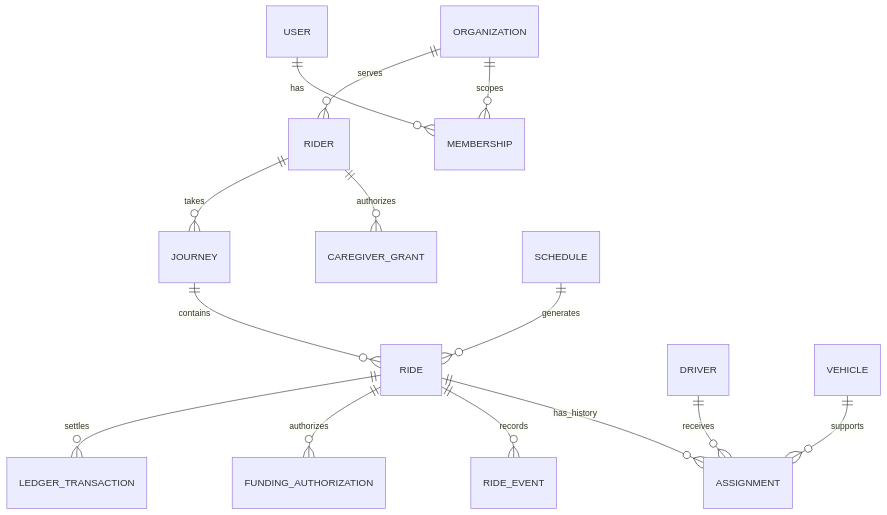
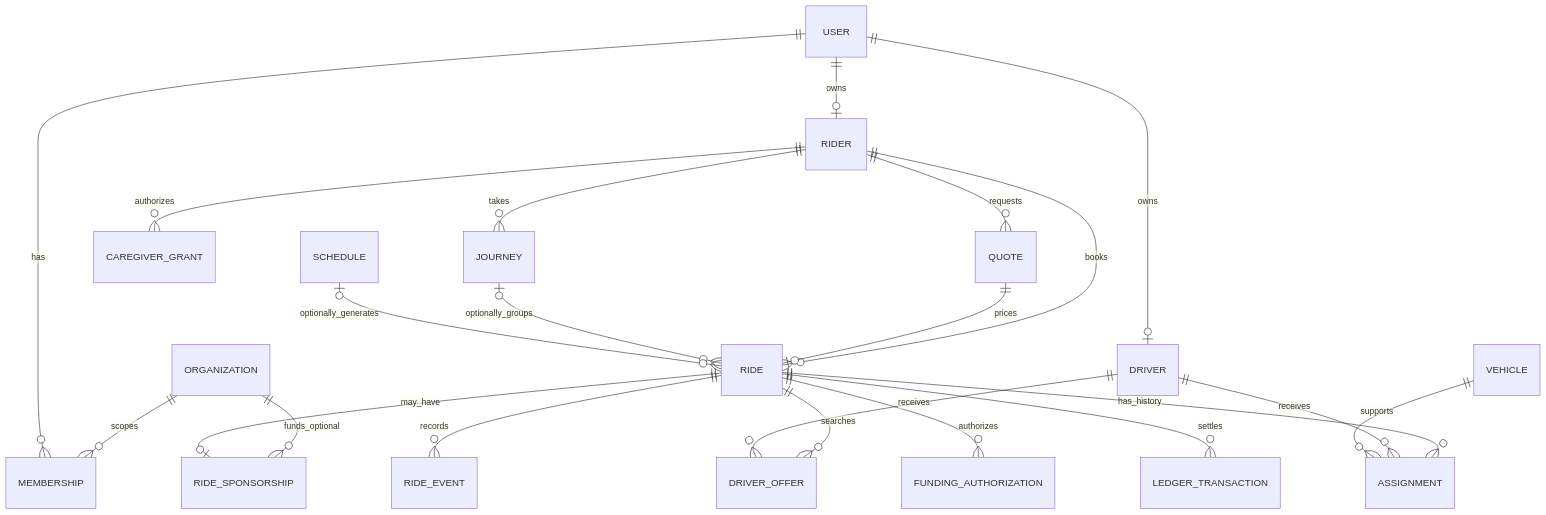
One commit to SahilWikhe/Rove_Mobile changed the diagram in docs/03-data-model.md. Above: the diagram before and after it, drawn with Mermaid. The commit also changed other lines of this file and 16 other files, not shown here.

Commit message:
docs: refocus Rove on consumer ride-hailing with optional B2B

````diff
--- a/docs/03-data-model.md
+++ b/docs/03-data-model.md
@@ -47,16 +57,24 @@
 ```mermaid
 erDiagram
     ORGANIZATION ||--o{ MEMBERSHIP : scopes
     USER ||--o{ MEMBERSHIP : has
-    ORGANIZATION ||--o{ RIDER : serves
+    USER ||--o| RIDER : owns
+    USER ||--o| DRIVER : owns
+    RIDER ||--o{ QUOTE : requests
+    RIDER ||--o{ RIDE : books
+    QUOTE ||--o| RIDE : prices
+    RIDE ||--o{ DRIVER_OFFER : searches
+    DRIVER ||--o{ DRIVER_OFFER : receives
+    ORGANIZATION ||--o{ RIDE_SPONSORSHIP : funds_optional
+    RIDE ||--o| RIDE_SPONSORSHIP : may_have
     RIDER ||--o{ CAREGIVER_GRANT : authorizes
     RIDER ||--o{ JOURNEY : takes
-    JOURNEY ||--o{ RIDE : contains
-    SCHEDULE ||--o{ RIDE : generates
+    JOURNEY |o--o{ RIDE : optionally_groups
+    SCHEDULE |o--o{ RIDE : optionally_generates
     RIDE ||--o{ ASSIGNMENT : has_history
     DRIVER ||--o{ ASSIGNMENT : receives
     VEHICLE ||--o{ ASSIGNMENT : supports
     RIDE ||--o{ RIDE_EVENT : records
     RIDE ||--o{ FUNDING_AUTHORIZATION : authorizes
     RIDE ||--o{ LEDGER_TRANSACTION : settles
 ```
````
